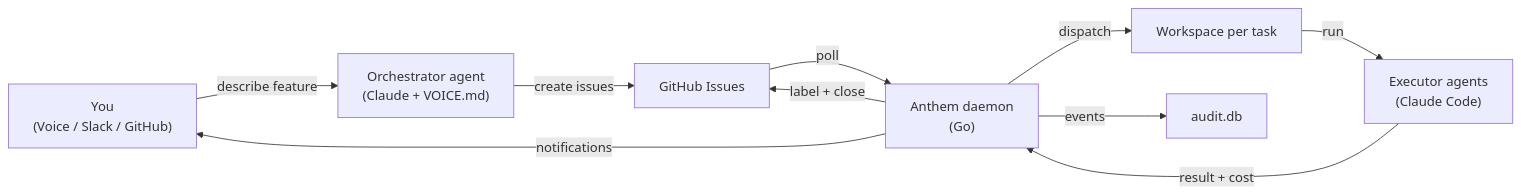
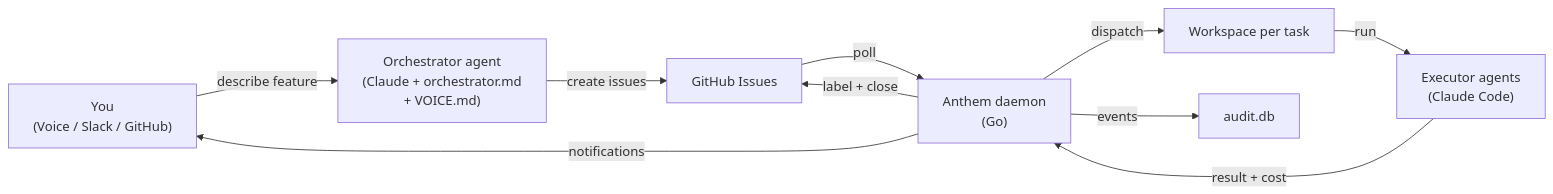
Before and after one commit to rauriemo/anthem: the first of 2 diagrams in README.md, drawn with Mermaid. The commit also changed other lines of this file and 1 other file, not shown here.

First line of the commit message:
docs: update README and CLAUDE.md for two-file identity model

````diff
--- a/README.md
+++ b/README.md
@@ -58,12 +58,12 @@
 ```mermaid
 flowchart LR
-  U["You\n(Voice / Slack / GitHub)"] -->|describe feature| OA["Orchestrator agent\n(Claude + VOICE.md)"]
+  U["You\n(Voice / Slack / GitHub)"] -->|describe feature| OA["Orchestrator agent\n(Claude + orchestrator.md\n+ VOICE.md)"]
   OA -->|create issues| GH["GitHub Issues"]
   GH -->|poll| D["Anthem daemon\n(Go)"]
   D -->|dispatch| W[Workspace per task]
   W -->|run| EA["Executor agents\n(Claude Code)"]
   EA -->|"result + cost"| D
   D -->|"label + close"| GH
   D -->|events| AUD["audit.db"]
   D -->|notifications| U
 ```
````
